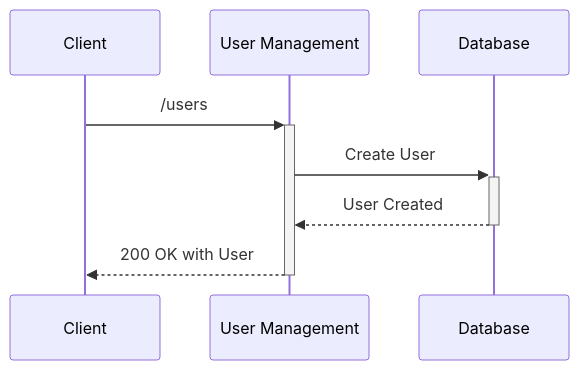
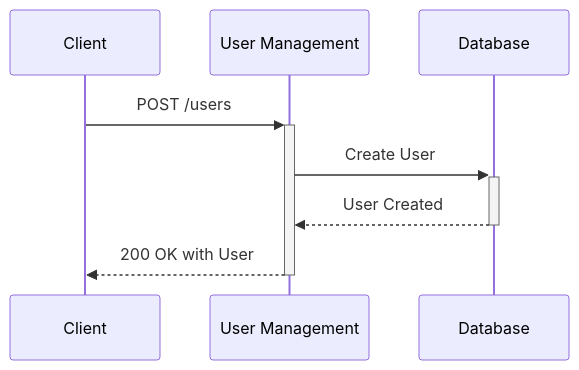
One commit to REW1L/munch-helper changed the second of 4 diagrams in docs/descriptions/MunchHelper/Backend Services/User Management.md. Above: the diagram before and after it, drawn with Mermaid. The commit also changed other lines of this file and 12 other files, not shown here.

````diff
--- a/docs/descriptions/MunchHelper/Backend Services/User Management.md
+++ b/docs/descriptions/MunchHelper/Backend Services/User Management.md
@@ -40,11 +40,11 @@
 ```mermaid
 sequenceDiagram
     participant Client
     participant User Management
     participant Database
 
-    Client ->>+ User Management: /users
+    Client ->>+ User Management: POST /users
     User Management ->>+ Database: Create User
     Database -->>- User Management: User Created
     User Management -->>- Client: 200 OK with User
 ```
````
